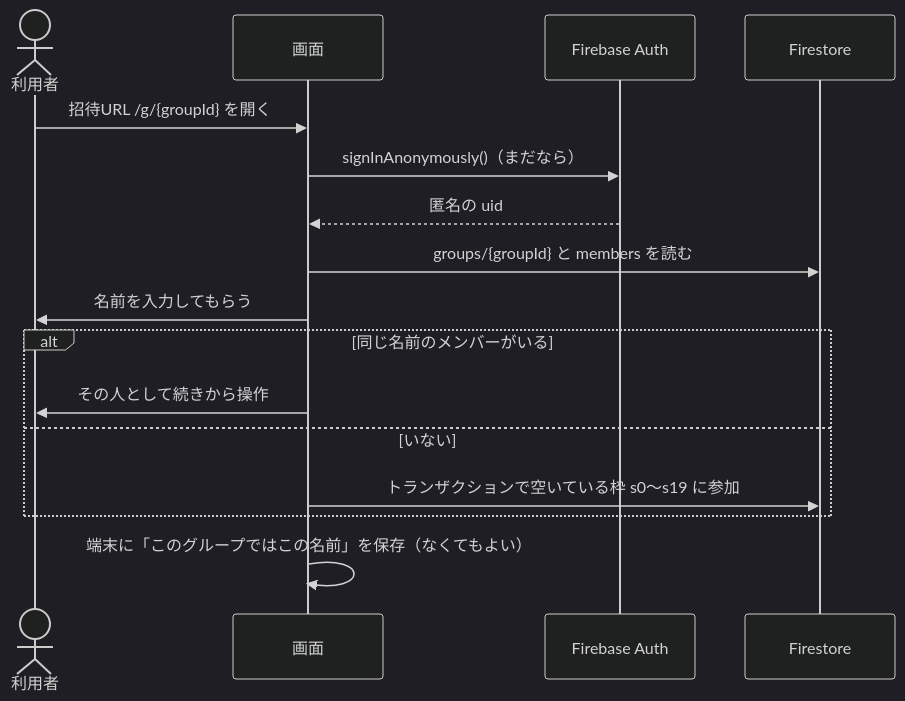
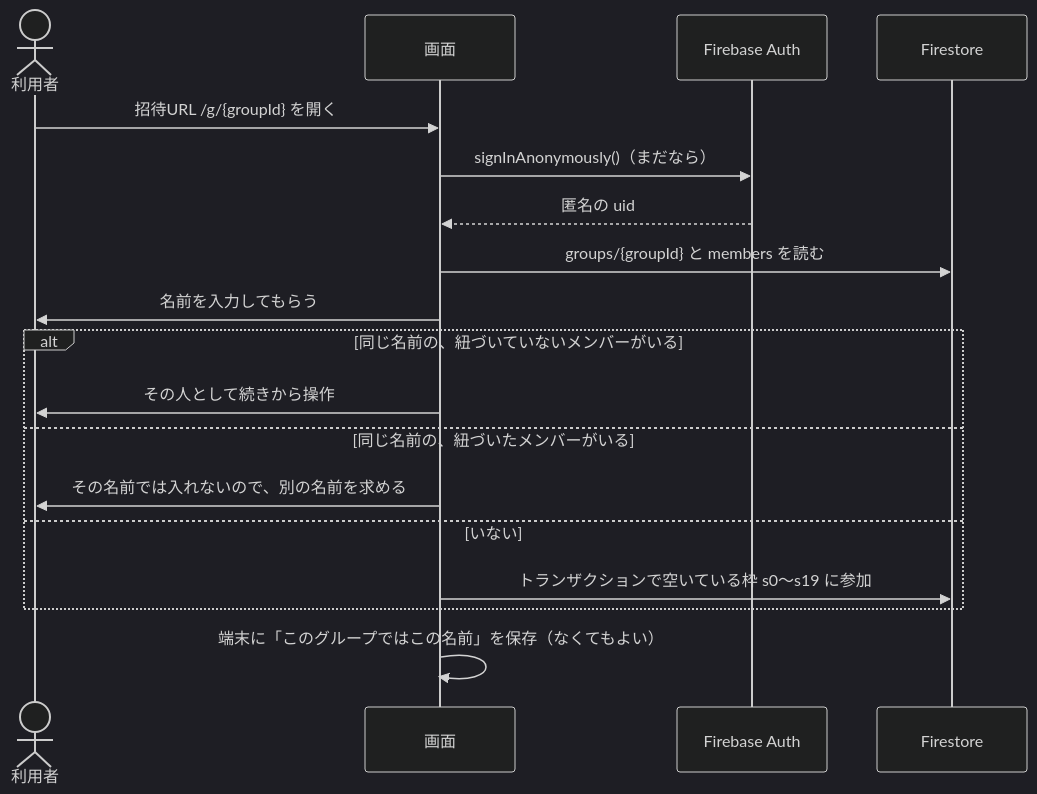
One commit to yuppy52/tabikaigi-map changed the first of 4 diagrams in docs/design/auth-flow.md. Above: the diagram before and after it, drawn with Mermaid (dark theme). The commit also changed 4 other files, not shown here.

````diff
--- a/docs/design/auth-flow.md
+++ b/docs/design/auth-flow.md
@@ -9,19 +9,21 @@
 ```mermaid
 sequenceDiagram
   actor U as 利用者
   participant App as 画面
   participant Auth as Firebase Auth
   participant DB as Firestore
 
   U->>App: 招待URL /g/{groupId} を開く
   App->>Auth: signInAnonymously()（まだなら）
   Auth-->>App: 匿名の uid
   App->>DB: groups/{groupId} と members を読む
   App->>U: 名前を入力してもらう
-  alt 同じ名前のメンバーがいる
+  alt 同じ名前の、紐づいていないメンバーがいる
     App->>U: その人として続きから操作
+  else 同じ名前の、紐づいたメンバーがいる
+    App->>U: その名前では入れないので、別の名前を求める
   else いない
     App->>DB: トランザクションで空いている枠 s0〜s19 に参加
   end
   App->>App: 端末に「このグループではこの名前」を保存（なくてもよい）
 ```
````
